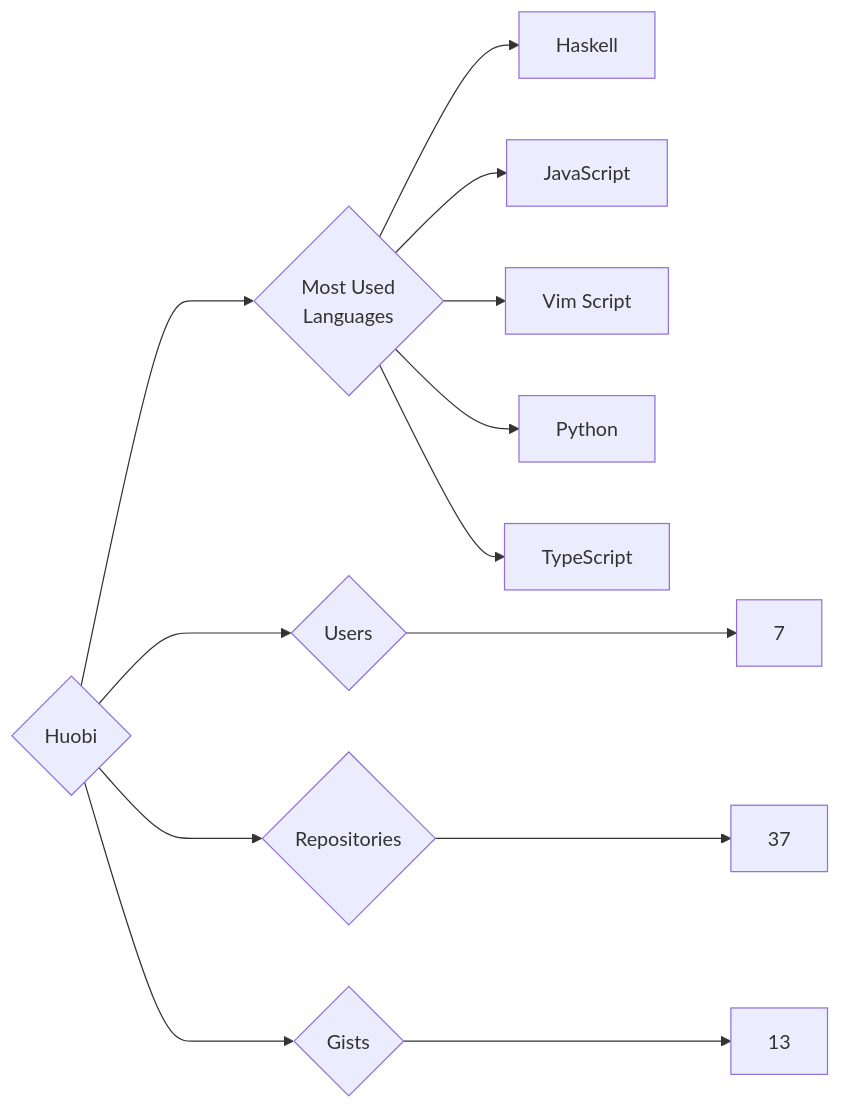
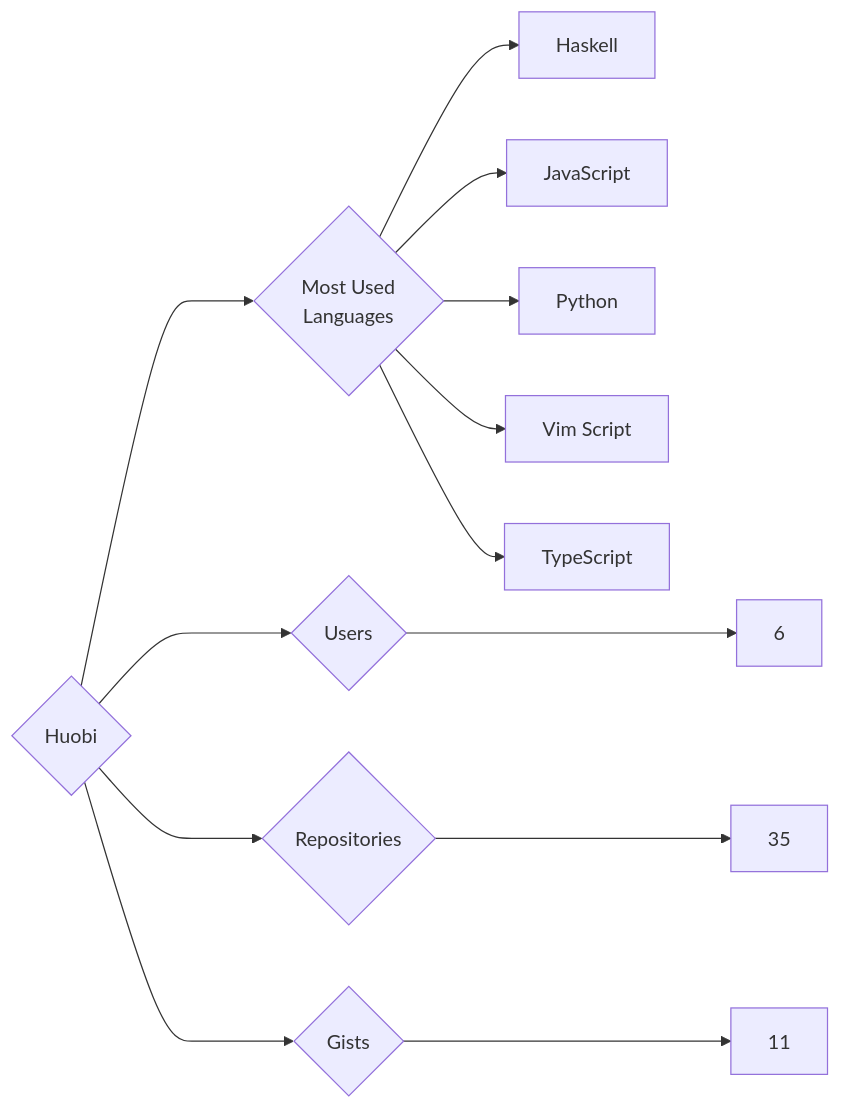
One commit to trickest/insiders changed the diagram in targets/Huobi/README.md. Above: the diagram before and after it, drawn with Mermaid. The commit also changed 1023 other files, not shown here.

````diff
--- a/targets/Huobi/README.md
+++ b/targets/Huobi/README.md
@@ -3,13 +3,13 @@
 ```mermaid
 graph LR
 COMPANY_NAME{Huobi}
-COMPANY_NAME ---> U{Users} ---> UN[7]
-COMPANY_NAME ---> R{Repositories} ---> RN[37]
-COMPANY_NAME ---> G{Gists} ---> GN[13]
+COMPANY_NAME ---> U{Users} ---> UN[6]
+COMPANY_NAME ---> R{Repositories} ---> RN[35]
+COMPANY_NAME ---> G{Gists} ---> GN[11]
 COMPANY_NAME ---> ML{Most Used<br>Languages}
 ML --> Haskell[Haskell]
 ML --> JavaScript[JavaScript]
+ML --> Python[Python]
 ML --> Vim_Script[Vim Script]
-ML --> Python[Python]
 ML --> TypeScript[TypeScript]
 ```
````
